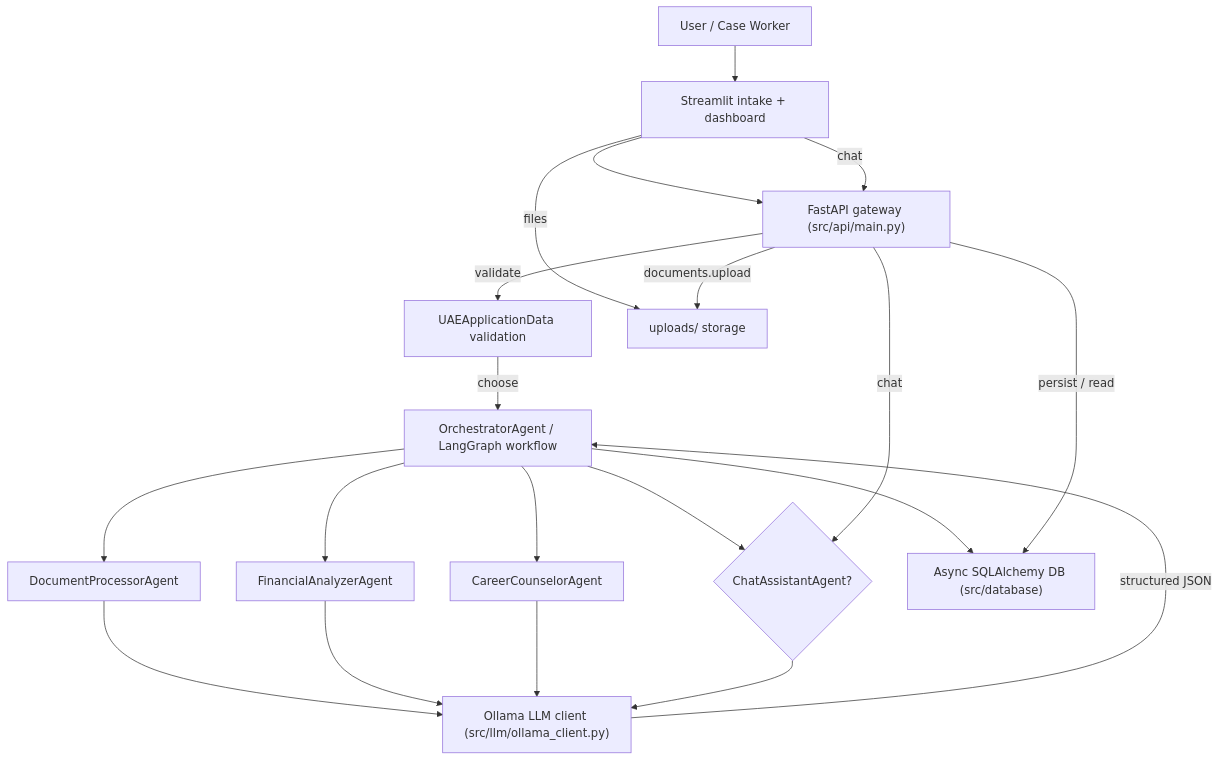
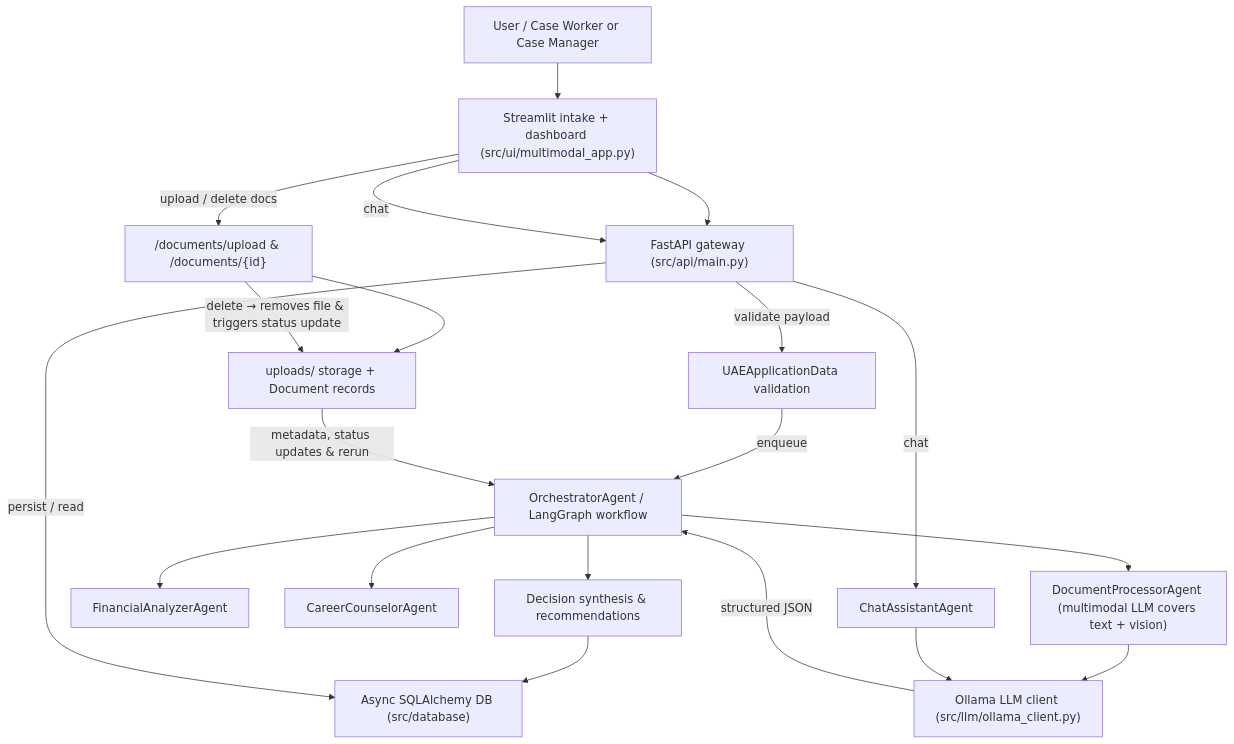
The diagram in README.md (pratyushlohumi26/social-support-agent), drawn with Mermaid before and after one commit. The commit also changed other lines of this file and 15 other files, not shown here.

Commit message:
update multimodal LLM call

````diff
--- a/README.md
+++ b/README.md
@@ -53,22 +53,22 @@
 ```mermaid
 flowchart TD
-    User["User / Case Worker"] --> UI["Streamlit intake + dashboard"]
+    User["User / Case Worker or Case Manager"] --> UI["Streamlit intake + dashboard (src/ui/multimodal_app.py)"]
     UI --> API["FastAPI gateway (src/api/main.py)"]
-    API -->|validate| Validation["UAEApplicationData validation"]
-    Validation -->|choose| Orchestrator["OrchestratorAgent / LangGraph workflow"]
-    Orchestrator --> Documents["DocumentProcessorAgent"]
+    UI -->|upload / delete docs| DocsAPI["/documents/upload & /documents/{id}"]
+    API -->|validate payload| Validation["UAEApplicationData validation"]
+    Validation -->|enqueue| Orchestrator["OrchestratorAgent / LangGraph workflow"]
+    DocsAPI --> Uploads["uploads/ storage + Document records"]
+    Uploads -->|metadata, status updates & rerun| Orchestrator
+    Orchestrator --> Documents["DocumentProcessorAgent (multimodal LLM covers text + vision)"]
+    Documents --> Ollama["Ollama LLM client (src/llm/ollama_client.py)"]
     Orchestrator --> Finance["FinancialAnalyzerAgent"]
     Orchestrator --> Career["CareerCounselorAgent"]
-    Orchestrator --> Chat{"ChatAssistantAgent?"}
-    Documents --> Ollama["Ollama LLM client (src/llm/ollama_client.py)"]
-    Finance --> Ollama
-    Career --> Ollama
+    Orchestrator --> Final["Decision synthesis & recommendations"]
+    Final --> DB["Async SQLAlchemy DB (src/database)"]
+    API -->|persist / read| DB
+    UI -->|chat| API
+    API -->|chat| Chat["ChatAssistantAgent"]
     Chat --> Ollama
     Ollama -->|structured JSON| Orchestrator
-    Orchestrator --> DB["Async SQLAlchemy DB (src/database)"]
-    API -->|persist / read| DB
-    UI -->|files| Uploads["uploads/ storage"]
-    API -->|documents.upload| Uploads
-    UI -->|chat| API
-    API -->|chat| Chat
+    DocsAPI -->|delete → removes file & triggers status update| Uploads
 ``` 
````
